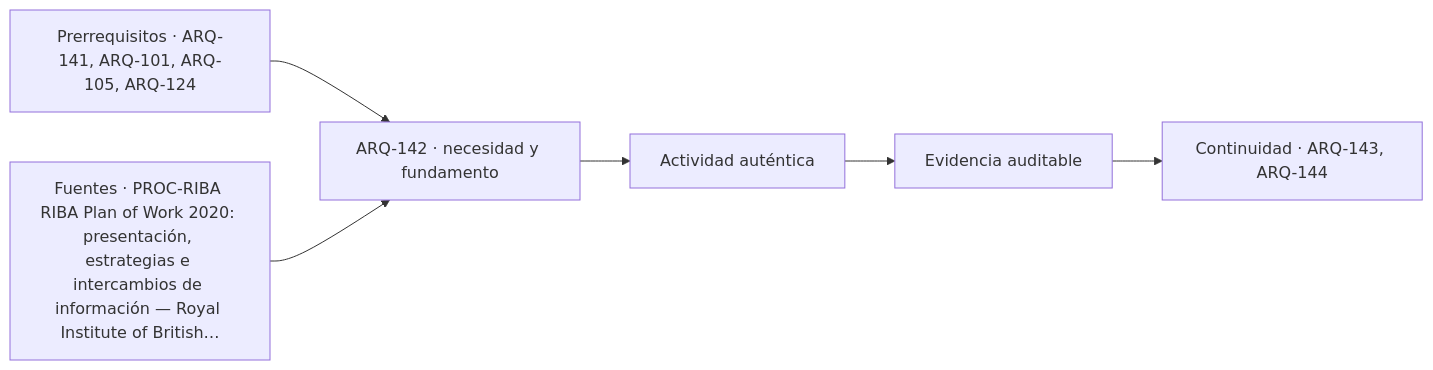
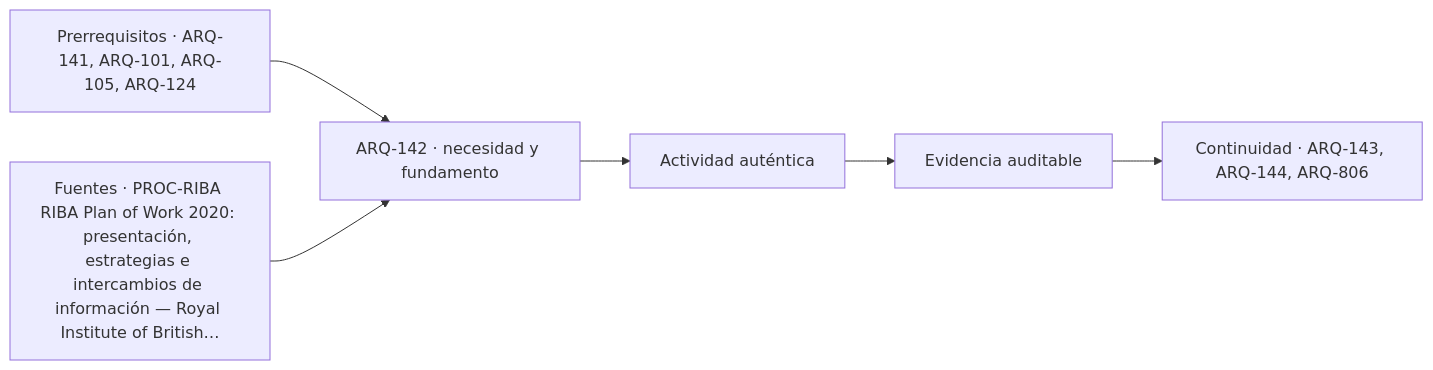
The diagram in classes/parte-15/ARQ-142.md (vladimiracunadev-create/architecture-built-environment-learning-program), drawn with Mermaid before and after one commit. The commit also changed other lines of this file and 234 other files, not shown here.

````diff
--- a/classes/parte-15/ARQ-142.md
+++ b/classes/parte-15/ARQ-142.md
@@ -120,8 +120,8 @@
 ```mermaid
 flowchart LR
     A["Prerrequisitos · ARQ-141, ARQ-101, ARQ-105, ARQ-124"] --> B["ARQ-142 · necesidad y fundamento"]
     S["Fuentes · PROC-RIBA RIBA Plan of Work 2020: presentación, estrategias e intercambios de información — Royal Institute of British…"] --> B
     B --> C["Actividad auténtica"]
     C --> D["Evidencia auditable"]
-    D --> E["Continuidad · ARQ-143, ARQ-144"]
+    D --> E["Continuidad · ARQ-143, ARQ-144, ARQ-806"]
 ```
````
